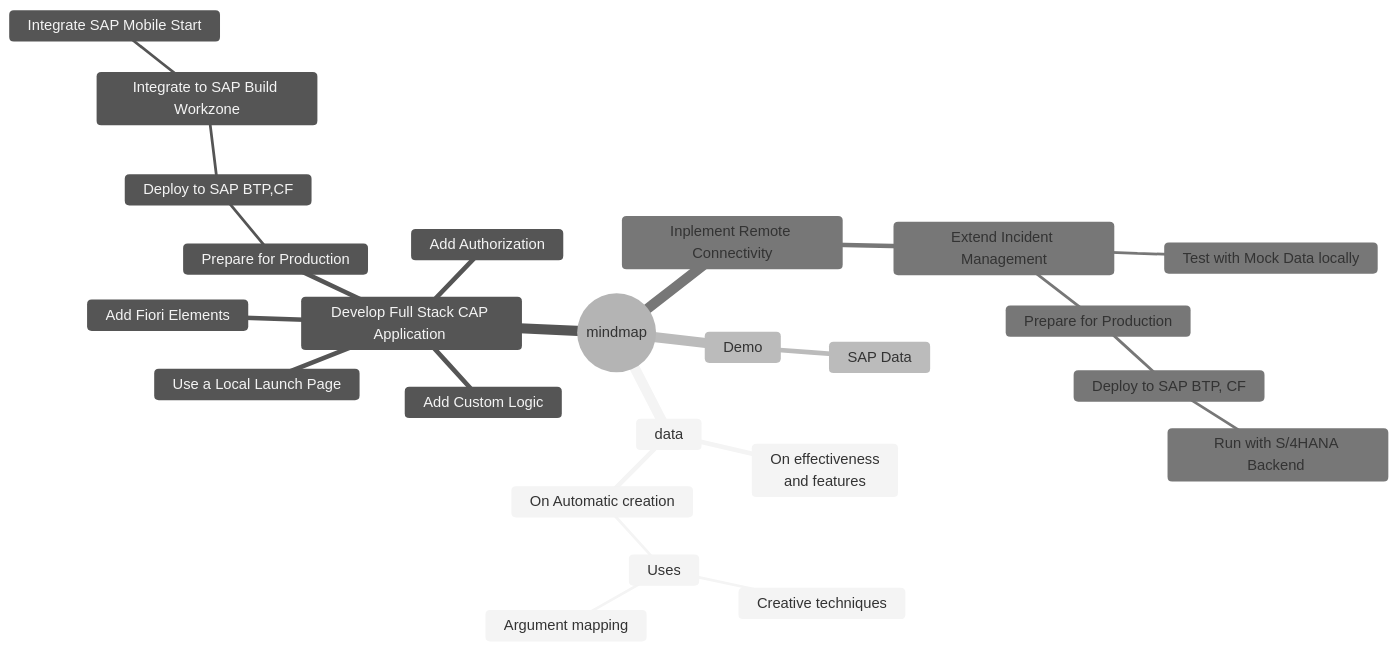
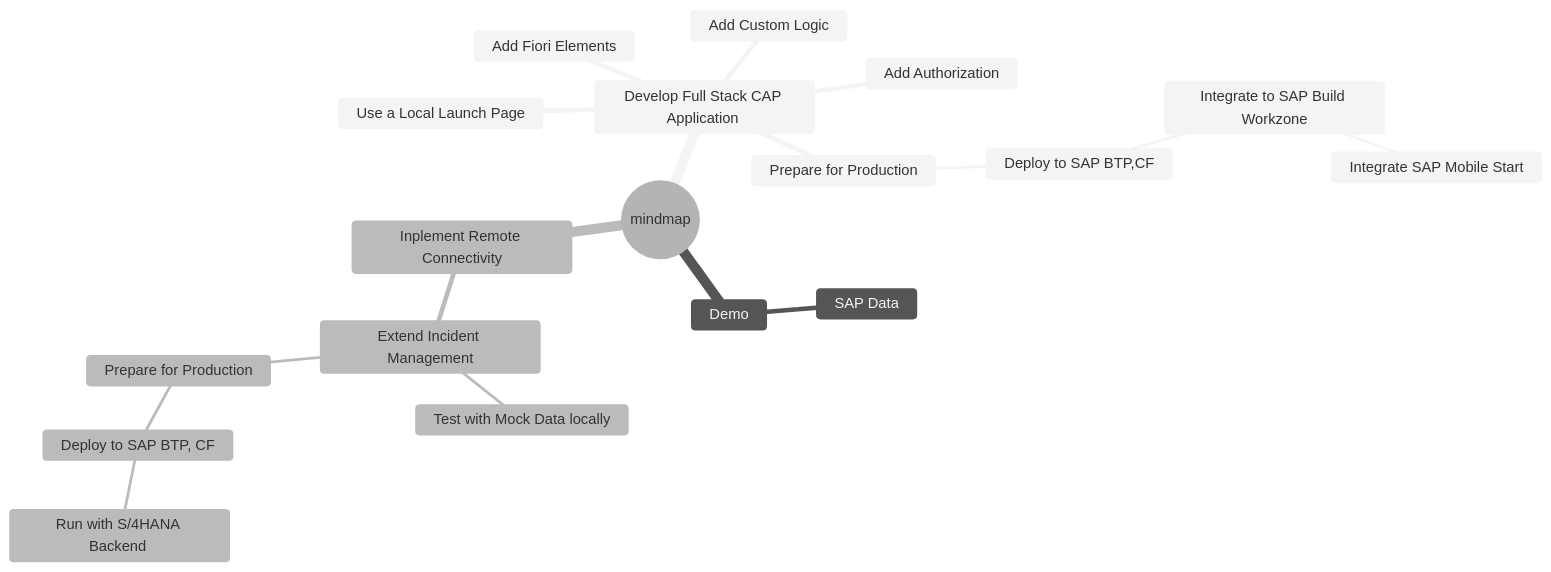
The first of 4 diagrams in README.md (ejazsyed/validation-issue), drawn with Mermaid (neutral theme) before and after one commit.

````diff
--- a/README.md
+++ b/README.md
@@ -7,28 +7,22 @@
 ```mermaid
    mindmap
   root((mindmap))
-    data
-      On effectiveness<br/>and features
-      On Automatic creation
-        Uses
-            Creative techniques
-            Argument mapping
     Develop Full Stack CAP Application 
       Add Custom Logic
       Add Fiori Elements
       Use a Local Launch Page
       Add Authorization
       Prepare for Production
         Deploy to SAP BTP,CF
           Integrate to SAP Build Workzone
             Integrate SAP Mobile Start
     Demo
       SAP Data
     Inplement Remote Connectivity
       Extend Incident Management
         Test with Mock Data locally
         Prepare for Production
           Deploy to SAP BTP, CF
             Run with S/4HANA Backend 
 
 ```
````
